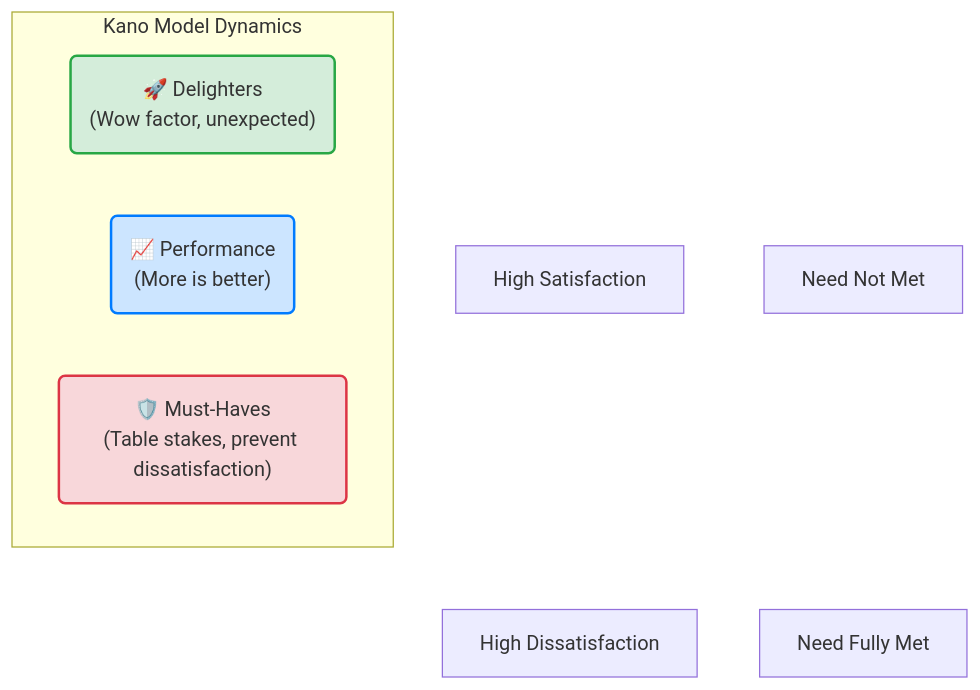
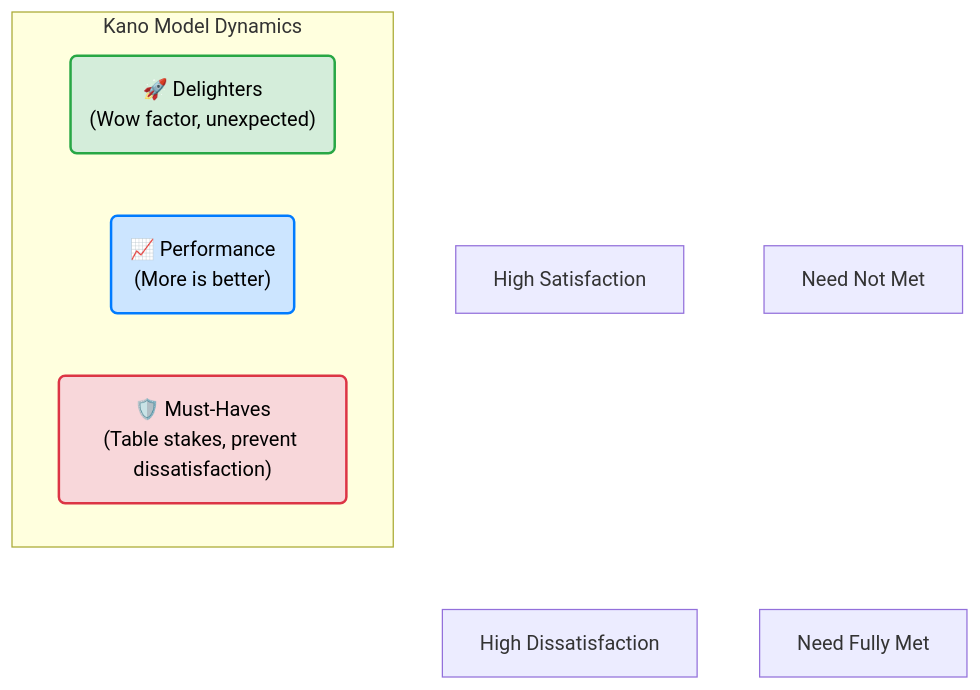
Before and after one commit to lytv/AIPM: the second of 2 diagrams in ebooks/Lean_Product_Playbook_VN_Interactive/Module_B_Product_Definition.md, drawn with Mermaid. The commit also changed other lines of this file and 10 other files, not shown here.

Commit message:
feat: Add minimal and Notion-style slide deck outlines for "Root Causes of Failed Product Efforts" and update mermaid diagram syntax in Lean Product Playbook modules.

````diff
--- a/ebooks/Lean_Product_Playbook_VN_Interactive/Module_B_Product_Definition.md
+++ b/ebooks/Lean_Product_Playbook_VN_Interactive/Module_B_Product_Definition.md
@@ -56,20 +56,20 @@
 ```mermaid
 graph TD
     %% Setup the graph axes
-    yTop[High Satisfaction] --- yBottom[High Dissatisfaction]
-    xLeft[Need Not Met] --- xRight[Need Fully Met]
+    yTop["High Satisfaction"] --- yBottom["High Dissatisfaction"]
+    xLeft["Need Not Met"] --- xRight["Need Fully Met"]
 
     %% Styles
-    linkStyle 0,1 stroke-width:0px,fill:none;
+    linkStyle 0,1 stroke-width:0px,fill:none
 
     %% Concept Nodes
-    subgraph Kano_Dynamics [Kano Model Dynamics]
+    subgraph KD_SECTION [Kano Model Dynamics]
         Delighters("🚀 Delighters<br/>(Wow factor, unexpected)")
         Performance("📈 Performance<br/>(More is better)")
         MustHaves("🛡️ Must-Haves<br/>(Table stakes, prevent dissatisfaction)")
     end
 
-    style Delighters fill:#d4edda,stroke:#28a745,stroke-width:2px
-    style Performance fill:#cce5ff,stroke:#007bff,stroke-width:2px
-    style MustHaves fill:#f8d7da,stroke:#dc3545,stroke-width:2px
+    style Delighters fill:#d4edda,stroke:#28a745,stroke-width:2px,color:#000
+    style Performance fill:#cce5ff,stroke:#007bff,stroke-width:2px,color:#000
+    style MustHaves fill:#f8d7da,stroke:#dc3545,stroke-width:2px,color:#000
 ```
````
